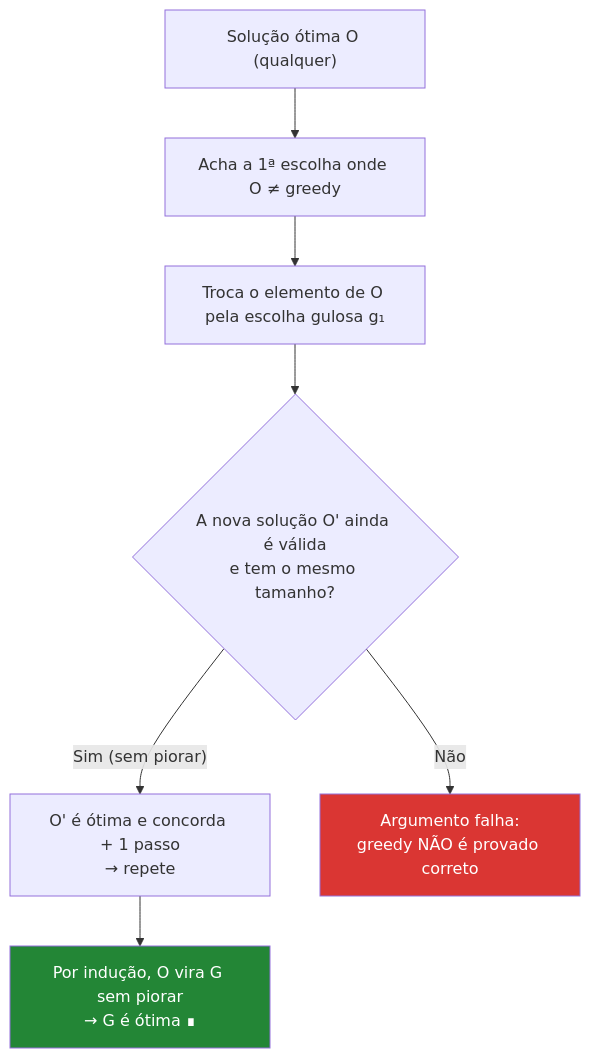
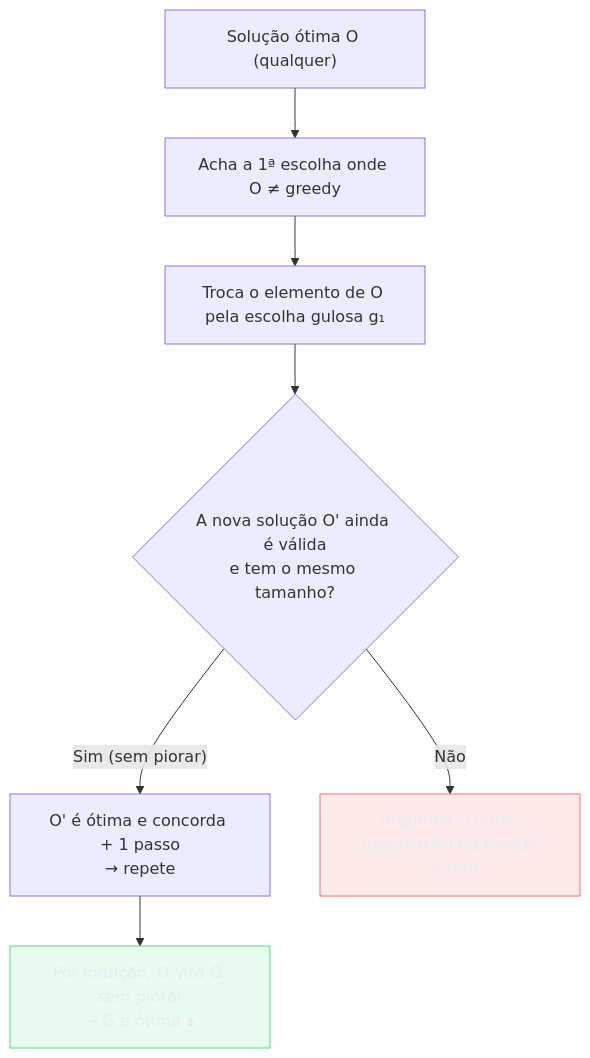
The third of 6 diagrams in 03-Dominios/Ciência/Algoritmos/11 - Greedy.md (josenaldo/codex-technomanticus), drawn with Mermaid before and after one commit. The commit also changed other lines of this file and 1181 other files, not shown here.

First line of the commit message:
fix(diagramas): paleta do sistema no lugar de cor cravada no markdown

````diff
--- a/03-Dominios/Ciência/Algoritmos/11 - Greedy.md
+++ b/03-Dominios/Ciência/Algoritmos/11 - Greedy.md
@@ -149,11 +154,13 @@
 ```mermaid
 flowchart TD
+    classDef ok fill:#4ADE8021,stroke:#4ADE80,color:#E9ECF2
+    classDef falha fill:#FF6B6B24,stroke:#FF6B6B,color:#E9ECF2
     Otima["Solução ótima O (qualquer)"] --> Diff["Acha a 1ª escolha onde O ≠ greedy"]
     Diff --> Troca["Troca o elemento de O pela escolha gulosa g₁"]
     Troca --> Valida{"A nova solução O' ainda é válida<br/>e tem o mesmo tamanho?"}
     Valida -- "Sim (sem piorar)" --> Repete["O' é ótima e concorda + 1 passo<br/>→ repete"]
     Valida -- Não --> Falha["Argumento falha:<br/>greedy NÃO é provado correto"]
     Repete --> Conclui["Por indução, O vira G sem piorar<br/>→ G é ótima ∎"]
-    style Conclui fill:#238636,color:#fff
-    style Falha fill:#da3633,color:#fff
+    class Conclui ok
+    class Falha falha
 ```
````
